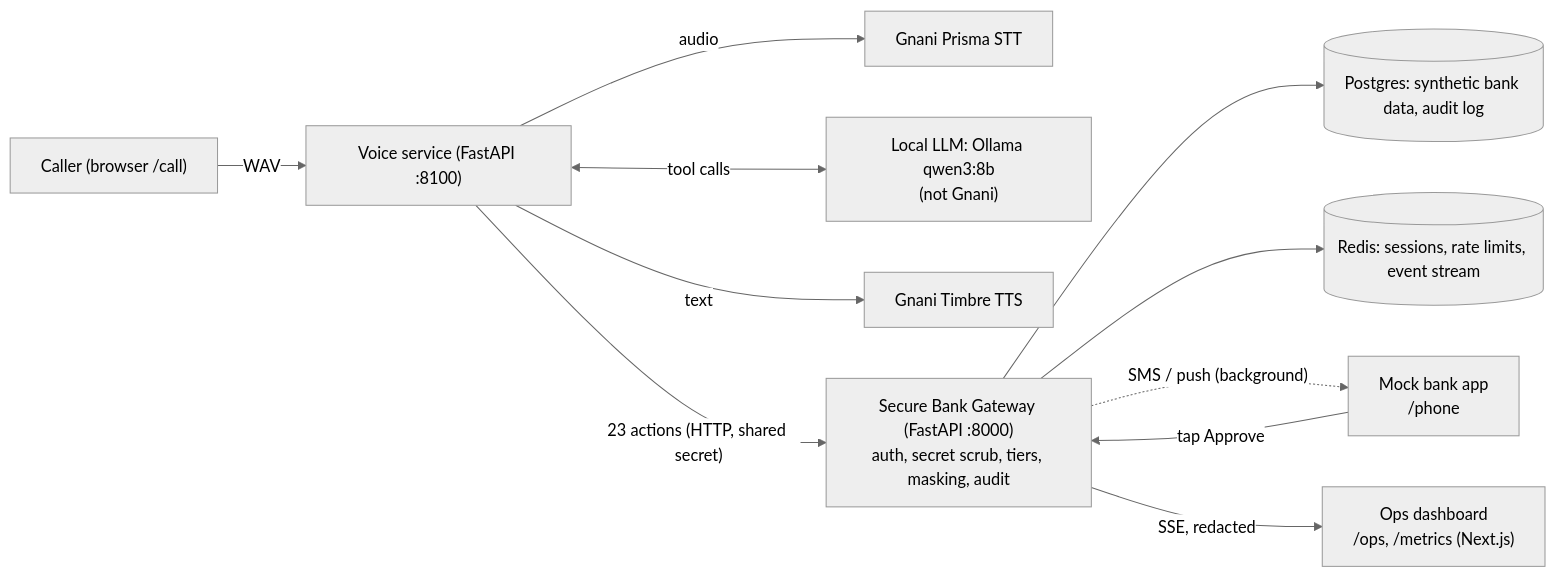
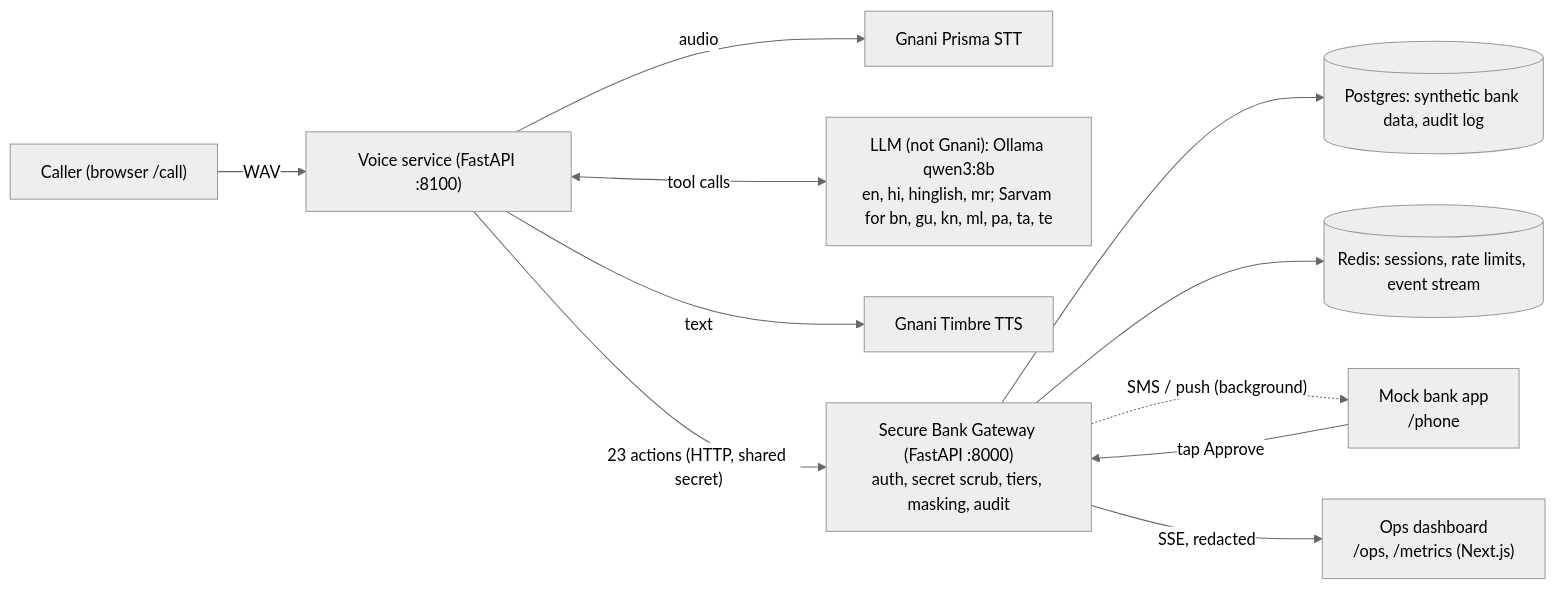
One commit to VeerbhadraMahant/loanloop changed the diagram in README.md. Above: the diagram before and after it, drawn with Mermaid (neutral theme). The commit also changed other lines of this file and 1 other file, not shown here.

Commit message:
docs: README up to date for submission (11 languages, Sarvam routing, sign-in, current results)

````diff
--- a/README.md
+++ b/README.md
@@ -28,13 +28,13 @@
 ```mermaid
 flowchart LR
   C["Caller (browser /call)"] -->|"WAV"| VS["Voice service (FastAPI :8100)"]
   VS -->|audio| STT["Gnani Prisma STT"]
-  VS <-->|"tool calls"| LLM["Local LLM: Ollama qwen3:8b<br/>(not Gnani)"]
+  VS <-->|"tool calls"| LLM["LLM (not Gnani): Ollama qwen3:8b<br/>en, hi, hinglish, mr; Sarvam for bn, gu, kn, ml, pa, ta, te"]
   VS -->|text| TTS["Gnani Timbre TTS"]
   VS -->|"23 actions (HTTP, shared secret)"| GW["Secure Bank Gateway (FastAPI :8000)<br/>auth, secret scrub, tiers, masking, audit"]
   GW --> PG[(Postgres: synthetic bank data, audit log)]
   GW --> RD[(Redis: sessions, rate limits, event stream)]
   GW -.->|"SMS / push (background)"| PH["Mock bank app<br/>/phone"]
   GW -->|SSE, redacted| OPS["Ops dashboard<br/>/ops, /metrics (Next.js)"]
   PH -->|"tap Approve"| GW
 ```
````
